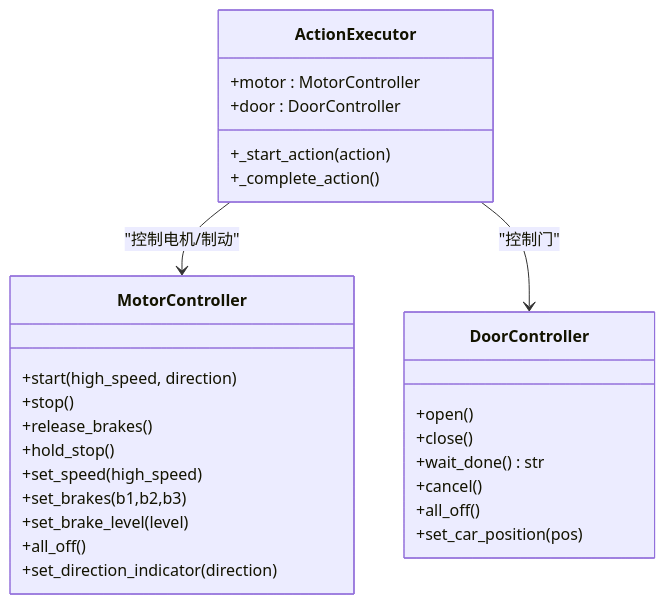
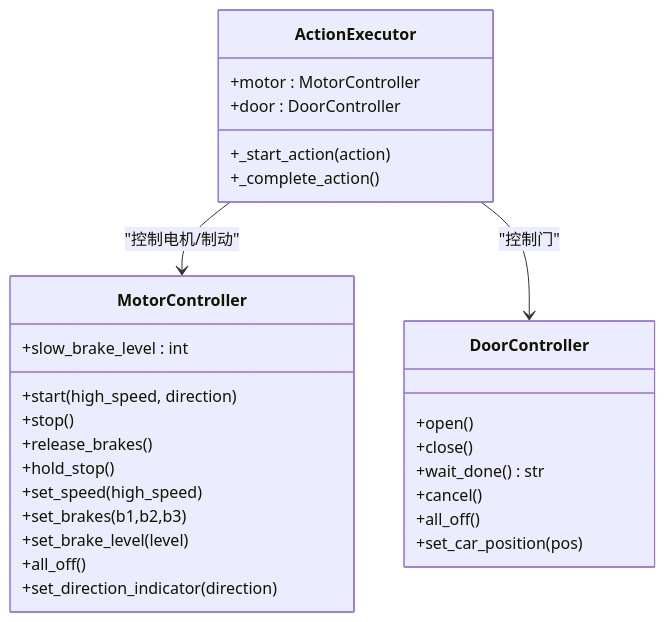
One commit to xmb505/Haku_EET changed the third of 4 diagrams in .qoder/repowiki/zh/content/小脑模块.md. Above: the diagram before and after it, drawn with Mermaid. The commit also changed other lines of this file and 40 other files, not shown here.

````diff
--- a/.qoder/repowiki/zh/content/小脑模块.md
+++ b/.qoder/repowiki/zh/content/小脑模块.md
@@ -176,30 +179,31 @@
 ```mermaid
 classDiagram
 class MotorController {
++slow_brake_level : int
 +start(high_speed, direction)
 +stop()
 +release_brakes()
 +hold_stop()
 +set_speed(high_speed)
 +set_brakes(b1,b2,b3)
 +set_brake_level(level)
 +all_off()
 +set_direction_indicator(direction)
 }
 class DoorController {
 +open()
 +close()
 +wait_done() str
 +cancel()
 +all_off()
 +set_car_position(pos)
 }
 class ActionExecutor {
 +motor : MotorController
 +door : DoorController
 +_start_action(action)
 +_complete_action()
 }
 ActionExecutor --> MotorController : "控制电机/制动"
 ActionExecutor --> DoorController : "控制门"
 ```
````
